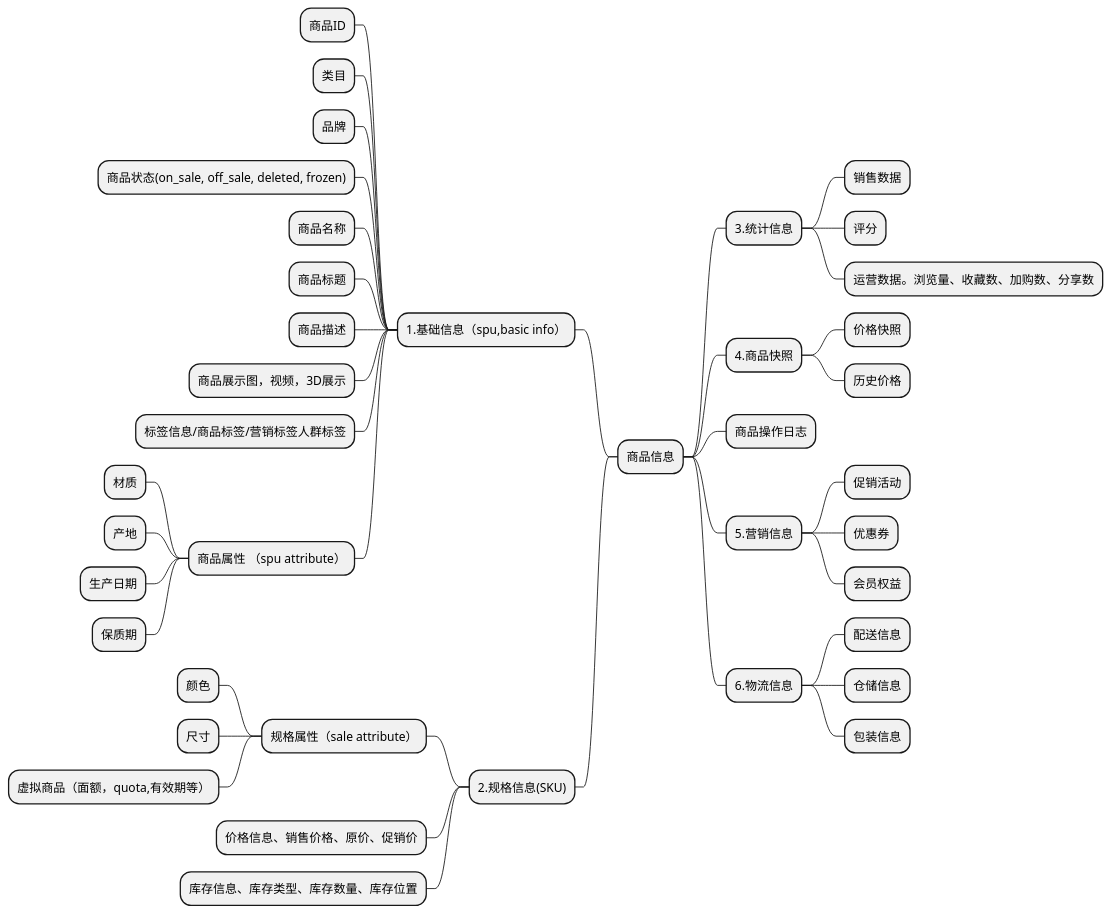
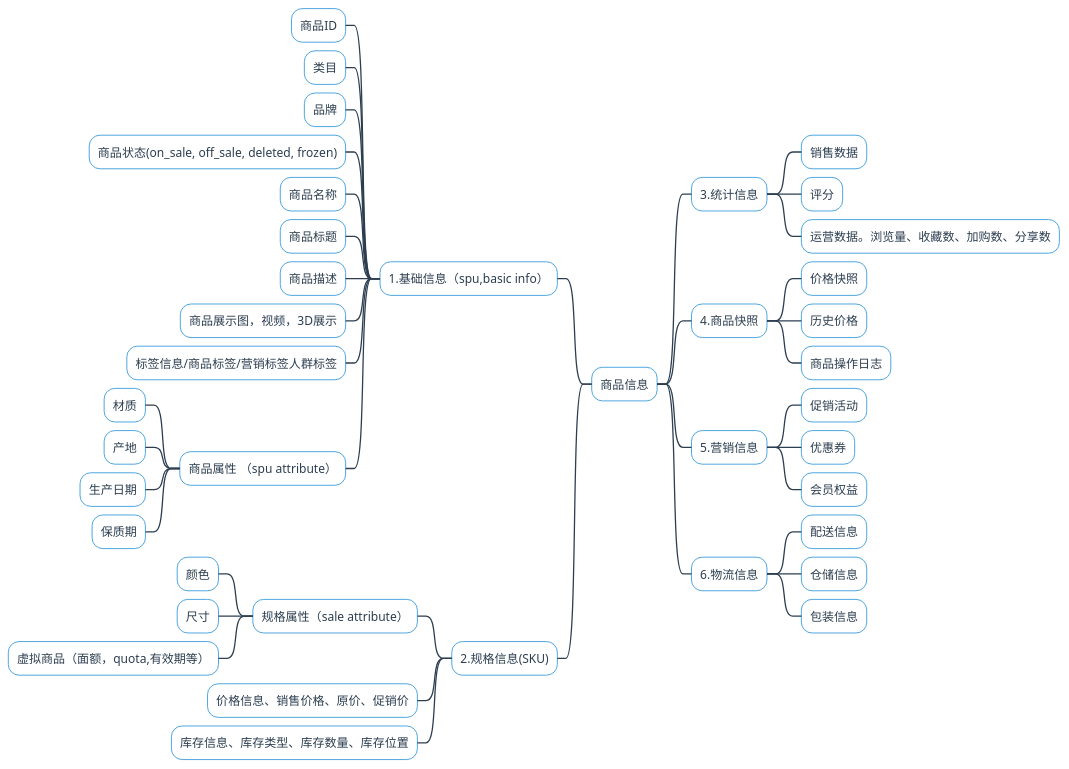
One commit to wxquare/wxquare.github.io changed the diagram in diagrams/ecommerce/9-item-info.puml. Above: the diagram before and after it, drawn with PlantUML. The commit also changed 387 other files, not shown here.

```diff
--- a/diagrams/ecommerce/9-item-info.puml
+++ b/diagrams/ecommerce/9-item-info.puml
@@ -1,49 +1,76 @@
 @startmindmap
+!theme plain
+skinparam {
+    /'BackgroundColor transparent'/
+    ArrowColor #2C3E50
+    BorderColor #2C3E50
+    FontColor #2C3E50
+    FontName "Microsoft YaHei"
+    
+    MinimapBorderColor #2C3E50
+    MinimapBackgroundColor transparent
+    
+    NodeBackgroundColor #FFFFFF
+    NodeBorderColor #3498DB
+    NodeFontColor #2C3E50
+    NodeFontSize 14
+    
+    RootNodeBackgroundColor #3498DB
+    RootNodeBorderColor #2980B9
+    RootNodeFontColor #FFFFFF
+    RootNodeFontSize 16
+    
+    ArrowThickness 1.5
+    Padding 10
+    Margin 5
+    HorizontalAlignment center
+}
+
 + 商品信息
 
 -- 1.基础信息（spu,basic info）
 --- 商品ID
 --- 类目
 --- 品牌
 --- 商品状态(on_sale, off_sale, deleted, frozen)
 --- 商品名称
 --- 商品标题
 --- 商品描述
 --- 商品展示图，视频，3D展示
 --- 标签信息/商品标签/营销标签人群标签
 --- 商品属性 （spu attribute）
 ---- 材质
 ---- 产地
 ---- 生产日期
 ---- 保质期
 
 -- 2.规格信息(SKU)
 --- 规格属性（sale attribute）
 ---- 颜色
 ---- 尺寸
 ---- 虚拟商品（面额，quota,有效期等）
 --- 价格信息、销售价格、原价、促销价
 --- 库存信息、库存类型、库存数量、库存位置
 
 ++ 3.统计信息
 +++ 销售数据
 +++ 评分
 +++ 运营数据。浏览量、收藏数、加购数、分享数
 
 ++ 4.商品快照
 +++ 价格快照
 +++ 历史价格
-++ 商品操作日志
++++ 商品操作日志
 
 ++ 5.营销信息
 +++ 促销活动
 +++ 优惠券
 +++ 会员权益
 
 ++ 6.物流信息
 +++ 配送信息
 +++ 仓储信息
 +++ 包装信息
 
 
 @endmindmap
```
